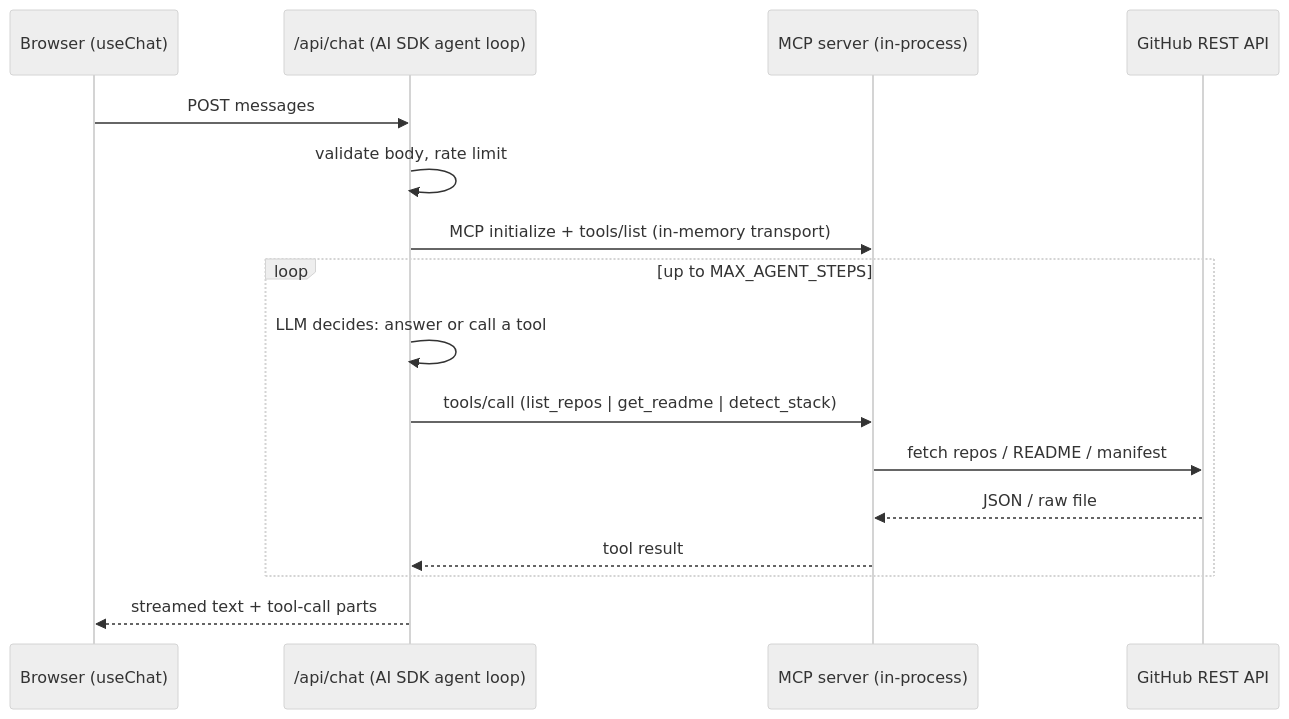
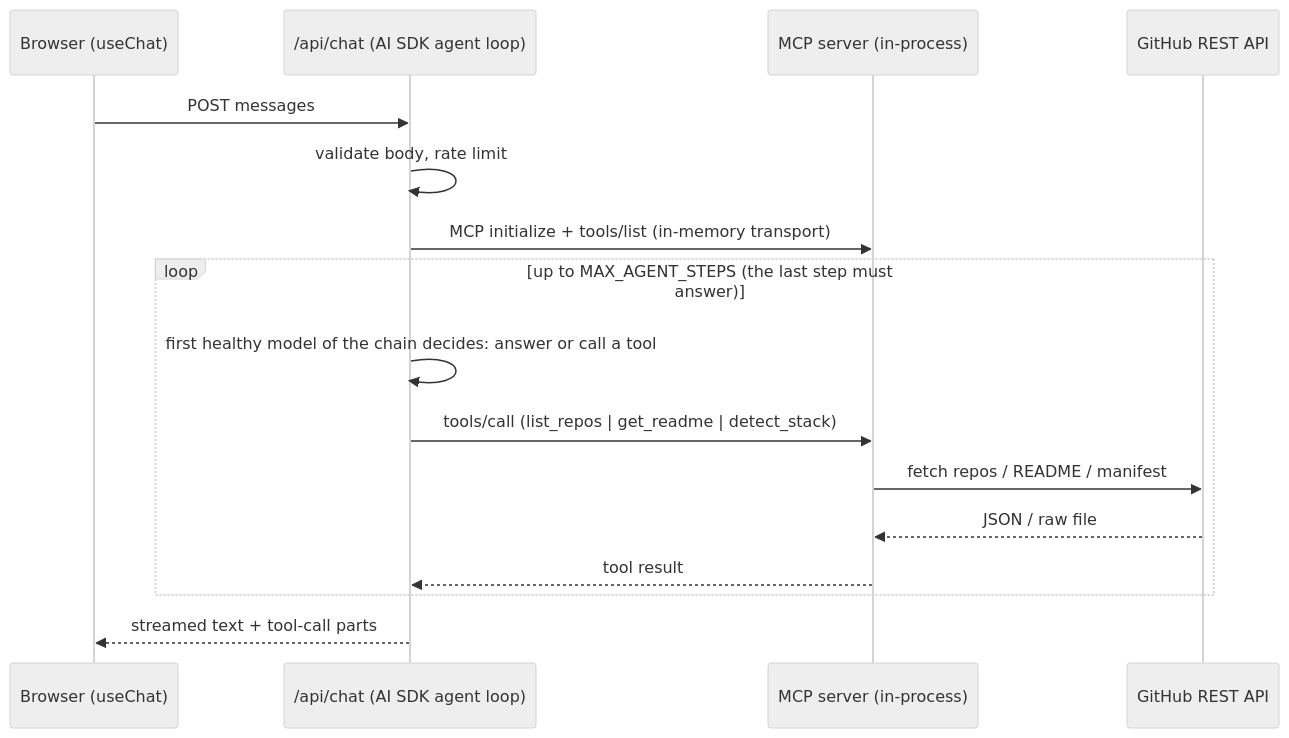
Before and after one commit to atarico/portfolio-agent: the diagram in README.md, drawn with Mermaid (neutral theme). The commit also changed other lines of this file and 2 other files, not shown here.

First line of the commit message:
docs: document the fallback chain, reliability safeguards and design decisions

````diff
--- a/README.md
+++ b/README.md
@@ -9,19 +9,19 @@
 ```mermaid
 sequenceDiagram
     participant B as Browser (useChat)
     participant C as /api/chat (AI SDK agent loop)
     participant M as MCP server (in-process)
     participant G as GitHub REST API
 
     B->>C: POST messages
     C->>C: validate body, rate limit
     C->>M: MCP initialize + tools/list (in-memory transport)
-    loop up to MAX_AGENT_STEPS
-        C->>C: LLM decides: answer or call a tool
+    loop up to MAX_AGENT_STEPS (the last step must answer)
+        C->>C: first healthy model of the chain decides: answer or call a tool
         C->>M: tools/call (list_repos | get_readme | detect_stack)
         M->>G: fetch repos / README / manifest
         G-->>M: JSON / raw file
         M-->>C: tool result
     end
     C-->>B: streamed text + tool-call parts
 ```
````
